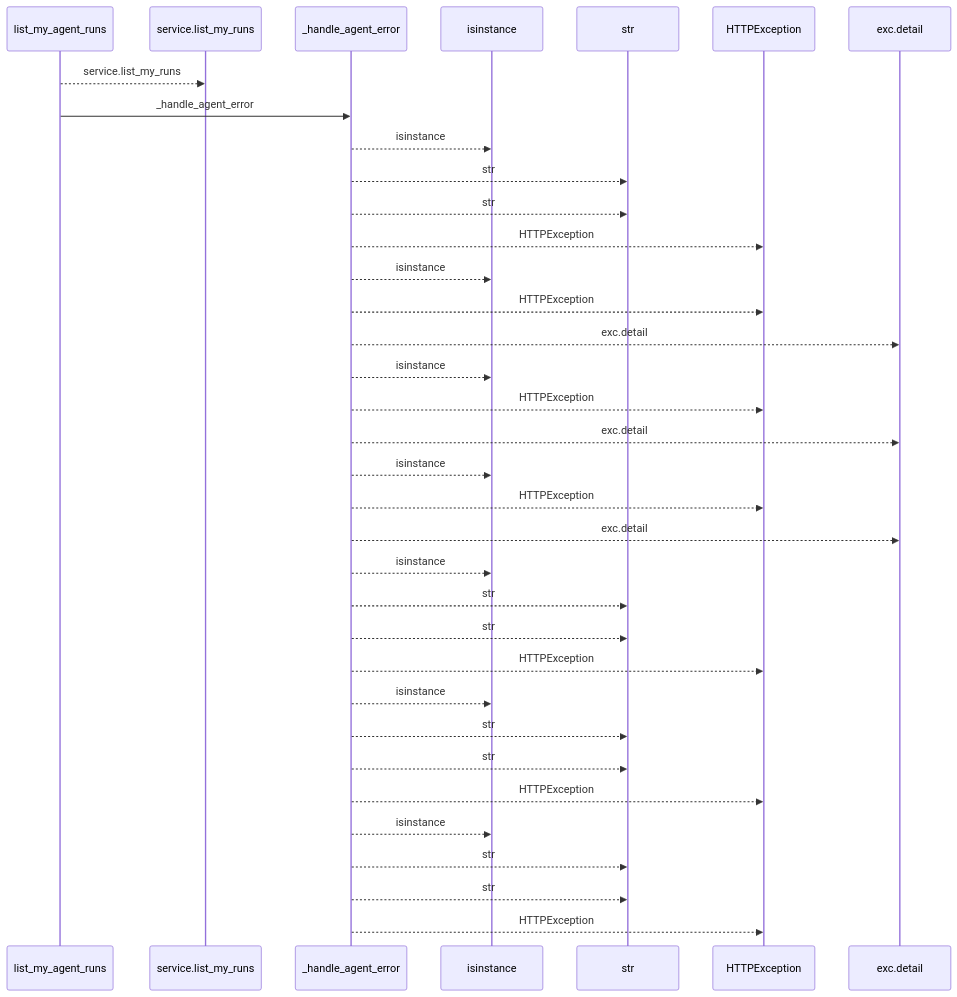
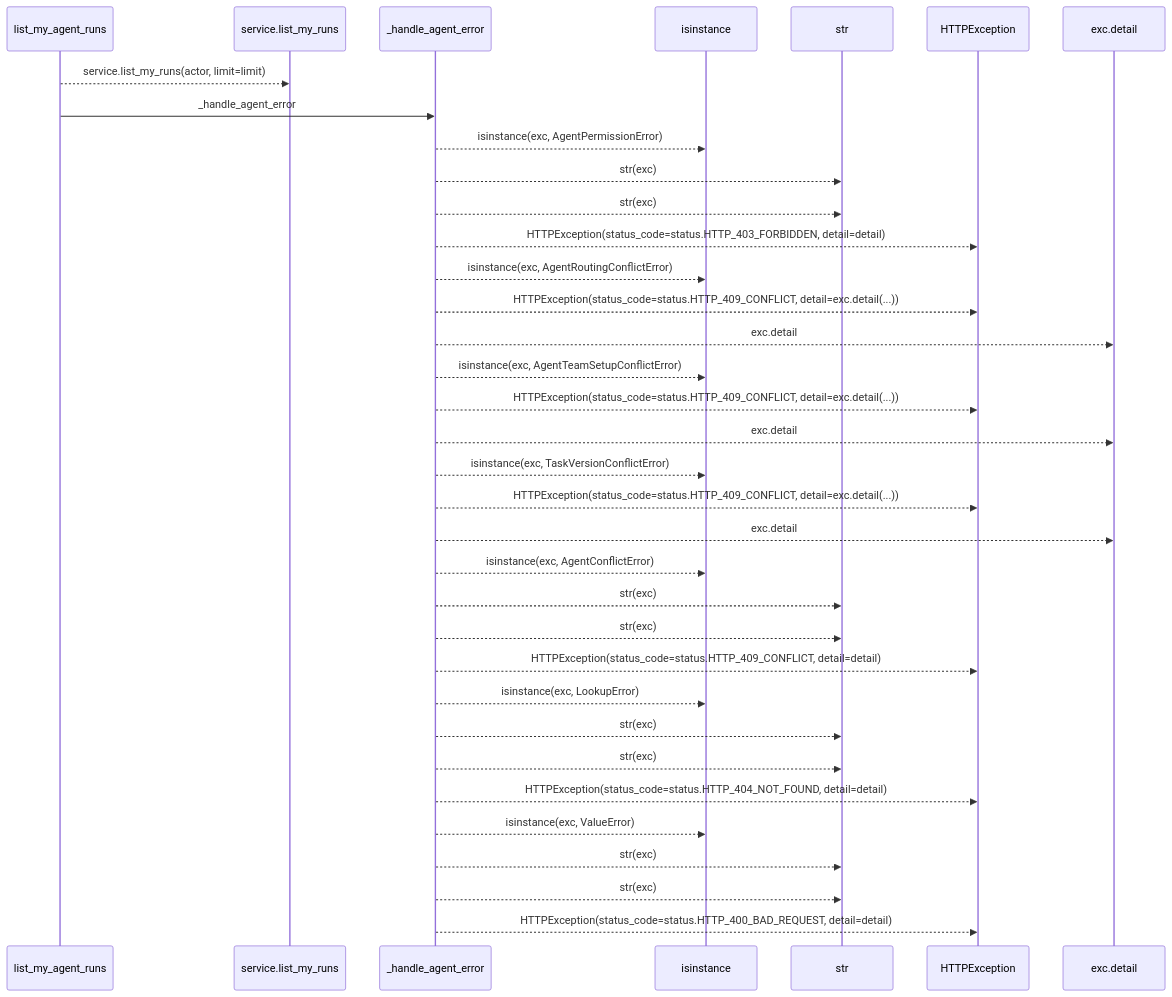
The first of 2 diagrams in docs/llm_wiki/flows/http-list_my_agent_runs.md (Denissvgn/WorkChord), drawn with Mermaid before and after one commit. The commit also changed other lines of this file and 25171 other files, not shown here.

````diff
--- a/docs/llm_wiki/flows/http-list_my_agent_runs.md
+++ b/docs/llm_wiki/flows/http-list_my_agent_runs.md
@@ -10,37 +12,37 @@
 ```mermaid
 sequenceDiagram
     participant p0 as list_my_agent_runs
     participant p1 as service.list_my_runs
     participant p2 as _handle_agent_error
     participant p3 as isinstance
     participant p4 as str
     participant p5 as HTTPException
     participant p6 as exc.detail
-    p0-->>p1: service.list_my_runs
+    p0-->>p1: service.list_my_runs(actor, limit=limit)
     p0->>p2: _handle_agent_error
-    p2-->>p3: isinstance
-    p2-->>p4: str
-    p2-->>p4: str
-    p2-->>p5: HTTPException
-    p2-->>p3: isinstance
-    p2-->>p5: HTTPException
+    p2-->>p3: isinstance(exc, AgentPermissionError)
+    p2-->>p4: str(exc)
+    p2-->>p4: str(exc)
+    p2-->>p5: HTTPException(status_code=status.HTTP_403_FORBIDDEN, detail=detail)
+    p2-->>p3: isinstance(exc, AgentRoutingConflictError)
+    p2-->>p5: HTTPException(status_code=status.HTTP_409_CONFLICT, detail=exc.detail(...))
     p2-->>p6: exc.detail
-    p2-->>p3: isinstance
-    p2-->>p5: HTTPException
+    p2-->>p3: isinstance(exc, AgentTeamSetupConflictError)
+    p2-->>p5: HTTPException(status_code=status.HTTP_409_CONFLICT, detail=exc.detail(...))
     p2-->>p6: exc.detail
-    p2-->>p3: isinstance
-    p2-->>p5: HTTPException
+    p2-->>p3: isinstance(exc, TaskVersionConflictError)
+    p2-->>p5: HTTPException(status_code=status.HTTP_409_CONFLICT, detail=exc.detail(...))
     p2-->>p6: exc.detail
-    p2-->>p3: isinstance
-    p2-->>p4: str
-    p2-->>p4: str
-    p2-->>p5: HTTPException
-    p2-->>p3: isinstance
-    p2-->>p4: str
-    p2-->>p4: str
-    p2-->>p5: HTTPException
-    p2-->>p3: isinstance
-    p2-->>p4: str
-    p2-->>p4: str
-    p2-->>p5: HTTPException
+    p2-->>p3: isinstance(exc, AgentConflictError)
+    p2-->>p4: str(exc)
+    p2-->>p4: str(exc)
+    p2-->>p5: HTTPException(status_code=status.HTTP_409_CONFLICT, detail=detail)
+    p2-->>p3: isinstance(exc, LookupError)
+    p2-->>p4: str(exc)
+    p2-->>p4: str(exc)
+    p2-->>p5: HTTPException(status_code=status.HTTP_404_NOT_FOUND, detail=detail)
+    p2-->>p3: isinstance(exc, ValueError)
+    p2-->>p4: str(exc)
+    p2-->>p4: str(exc)
+    p2-->>p5: HTTPException(status_code=status.HTTP_400_BAD_REQUEST, detail=detail)
 ```
````
